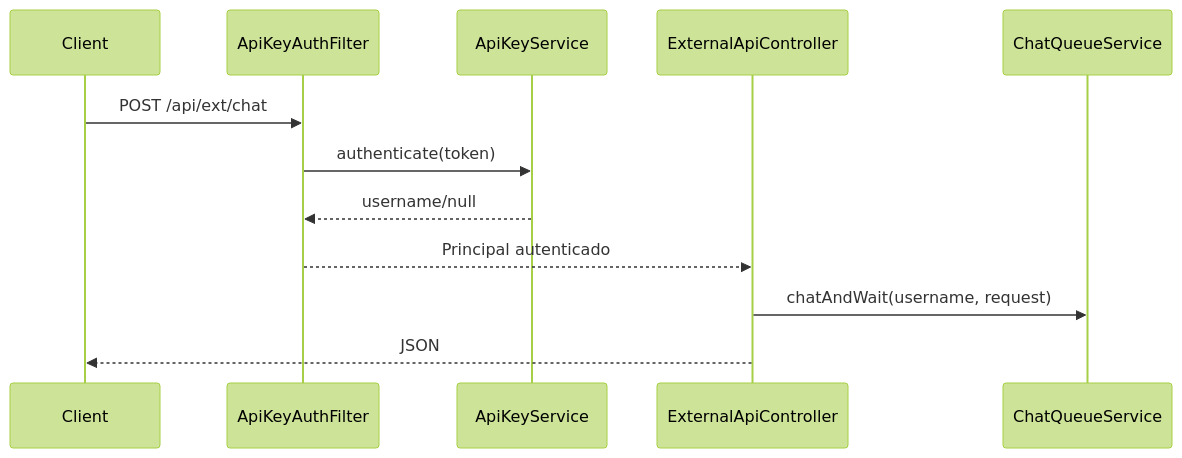
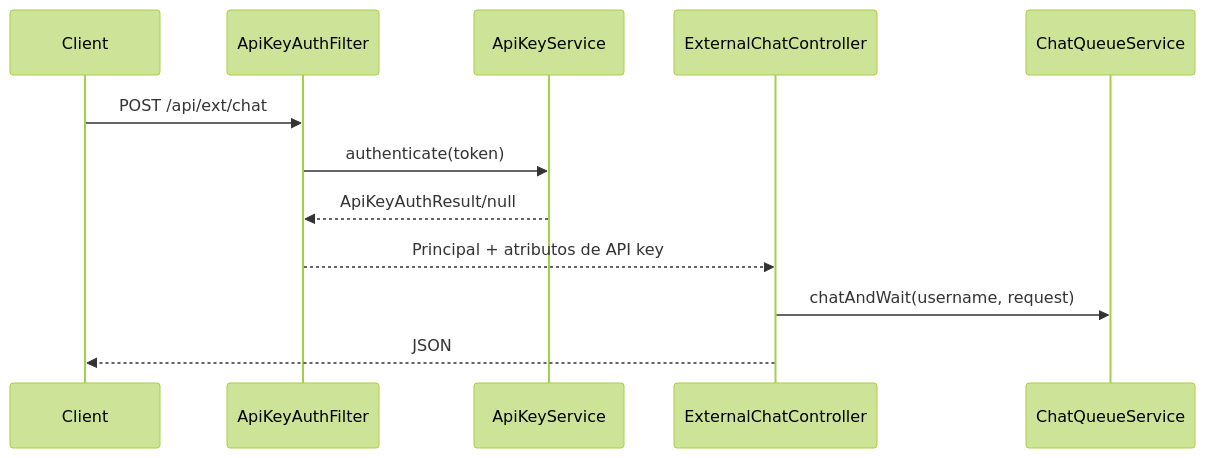
Before and after one commit to FlEtsv/apiasistente: the fourth of 6 diagrams in docs/architecture.md, drawn with Mermaid (forest theme). The commit also changed other lines of this file and 61 other files, not shown here.

````diff
--- a/docs/architecture.md
+++ b/docs/architecture.md
@@ -100,15 +138,15 @@
 ```mermaid
 sequenceDiagram
     participant Client
     participant ApiKeyAuthFilter
     participant ApiKeyService
-    participant ExternalApiController
+    participant ExternalChatController
     participant ChatQueueService
 
     Client->>ApiKeyAuthFilter: POST /api/ext/chat
     ApiKeyAuthFilter->>ApiKeyService: authenticate(token)
-    ApiKeyService-->>ApiKeyAuthFilter: username/null
-    ApiKeyAuthFilter-->>ExternalApiController: Principal autenticado
-    ExternalApiController->>ChatQueueService: chatAndWait(username, request)
-    ExternalApiController-->>Client: JSON
+    ApiKeyService-->>ApiKeyAuthFilter: ApiKeyAuthResult/null
+    ApiKeyAuthFilter-->>ExternalChatController: Principal + atributos de API key
+    ExternalChatController->>ChatQueueService: chatAndWait(username, request)
+    ExternalChatController-->>Client: JSON
 ```
````
